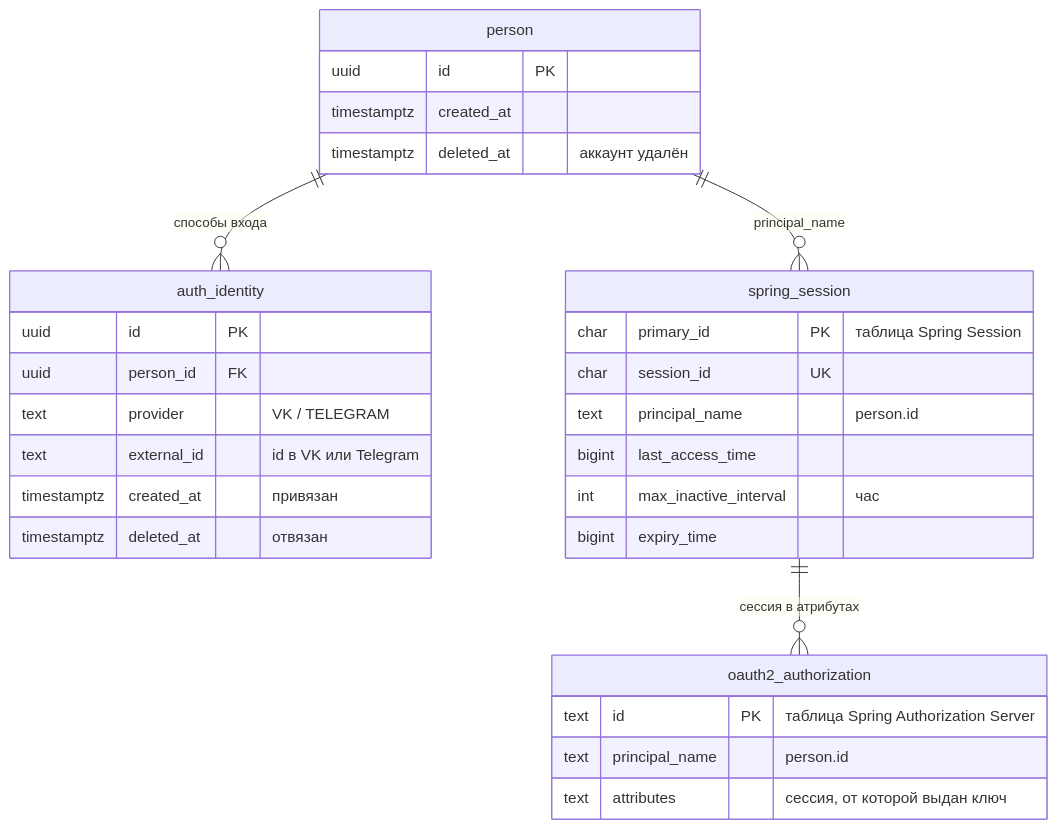
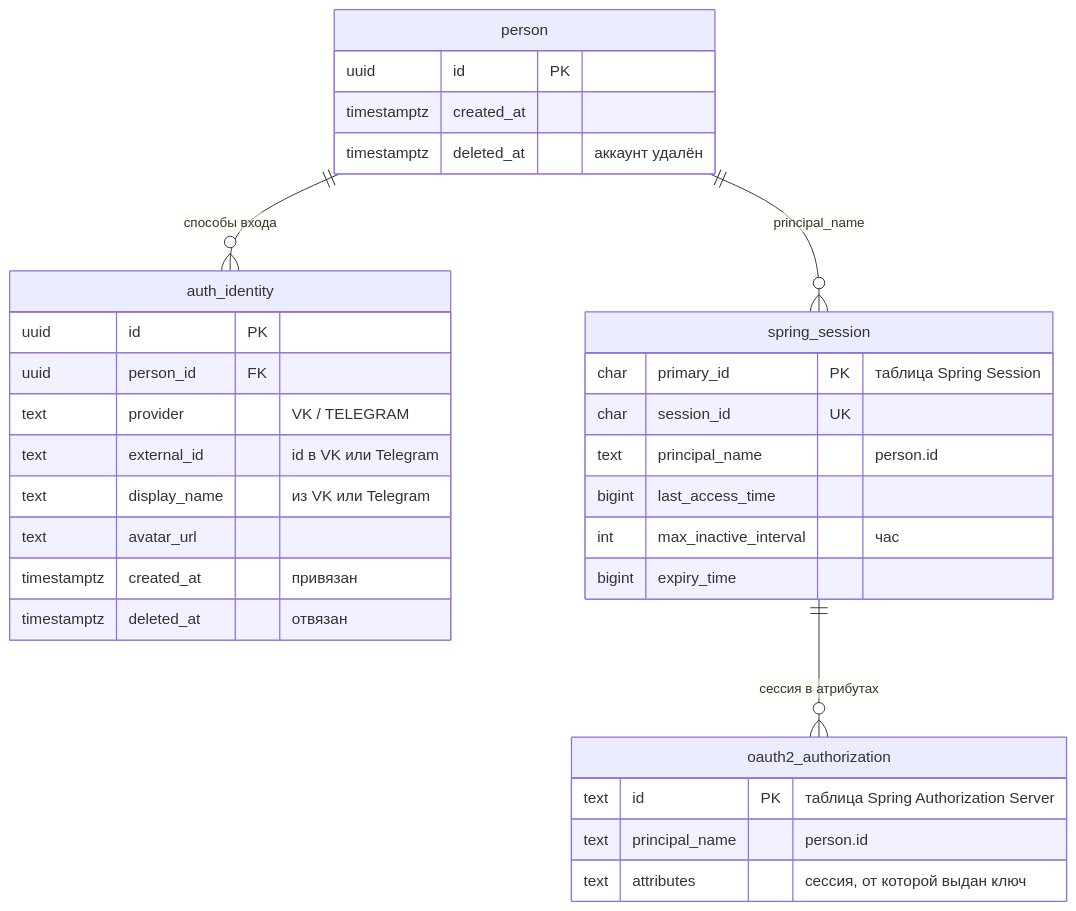
The first of 6 diagrams in domain_model/Access-schema.md (KiraKhvan/memory_docs), drawn with Mermaid before and after one commit. The commit also changed other lines of this file and 3 other files, not shown here.

Commit message:
Access decisions: answer 66, name and avatar live with the login method and come with the pass

````diff
--- a/domain_model/Access-schema.md
+++ b/domain_model/Access-schema.md
@@ -23,32 +23,34 @@
 ```mermaid
 erDiagram
     person ||--o{ auth_identity : "способы входа"
     person ||--o{ spring_session : "principal_name"
     spring_session ||--o{ oauth2_authorization : "сессия в атрибутах"
     person {
         uuid id PK
         timestamptz created_at
         timestamptz deleted_at "аккаунт удалён"
     }
     auth_identity {
         uuid id PK
         uuid person_id FK
         text provider "VK / TELEGRAM"
         text external_id "id в VK или Telegram"
+        text display_name "из VK или Telegram"
+        text avatar_url
         timestamptz created_at "привязан"
         timestamptz deleted_at "отвязан"
     }
     spring_session {
         char primary_id PK "таблица Spring Session"
         char session_id UK
         text principal_name "person.id"
         bigint last_access_time
         int max_inactive_interval "час"
         bigint expiry_time
     }
     oauth2_authorization {
         text id PK "таблица Spring Authorization Server"
         text principal_name "person.id"
         text attributes "сессия, от которой выдан ключ"
     }
 ```
````
